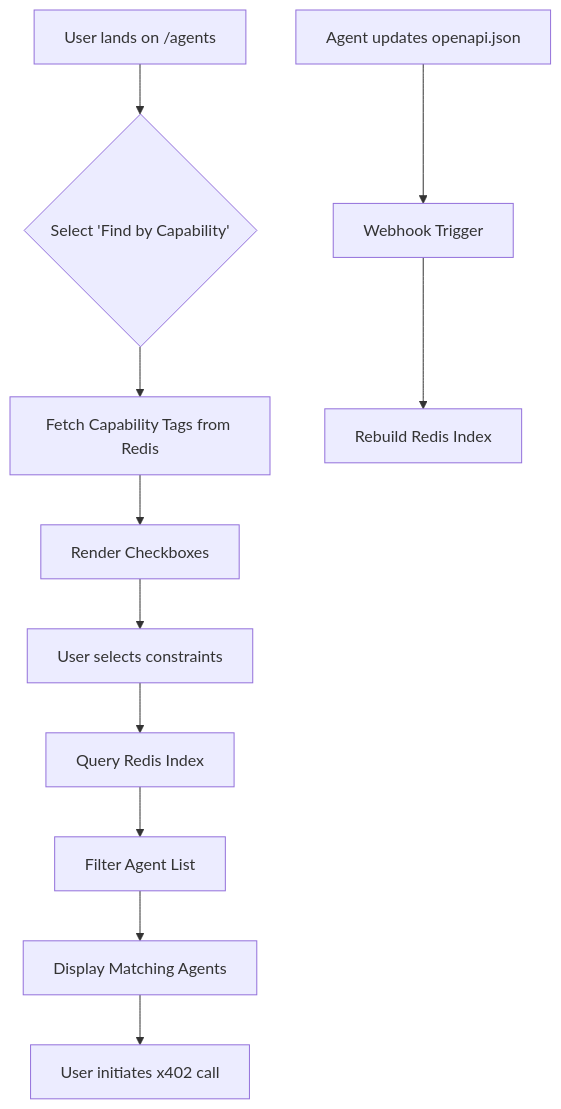
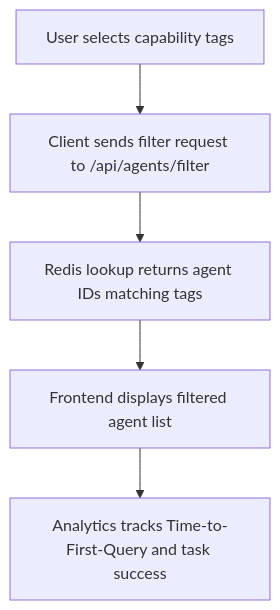
Before and after one commit to shawnhvac/agentworld-prior-art: the diagram in inventions/inv_capability_first_agent_finder_structured_metadat_2a66d.md, drawn with Mermaid. The commit also changed other lines of this file and 132 other files, not shown here.

````diff
--- a/inventions/inv_capability_first_agent_finder_structured_metadat_2a66d.md
+++ b/inventions/inv_capability_first_agent_finder_structured_metadat_2a66d.md
@@ -47,13 +47,7 @@
 ```mermaid
-flowchart TD
-    A[User lands on /agents] --> B{Select 'Find by Capability'}
-    B --> C[Fetch Capability Tags from Redis]
-    C --> D[Render Checkboxes]
-    D --> E[User selects constraints]
-    E --> F[Query Redis Index]
-    F --> G[Filter Agent List]
-    G --> H[Display Matching Agents]
-    H --> I[User initiates x402 call]
-    J[Agent updates openapi.json] --> K[Webhook Trigger]
-    K --> L[Rebuild Redis Index]
+graph TD
+A[User selects capability tags] --> B[Client sends filter request to /api/agents/filter]
+B --> C[Redis lookup returns agent IDs matching tags]
+C --> D[Frontend displays filtered agent list]
+D --> E[Analytics tracks Time-to-First-Query and task success]
 ```
````
